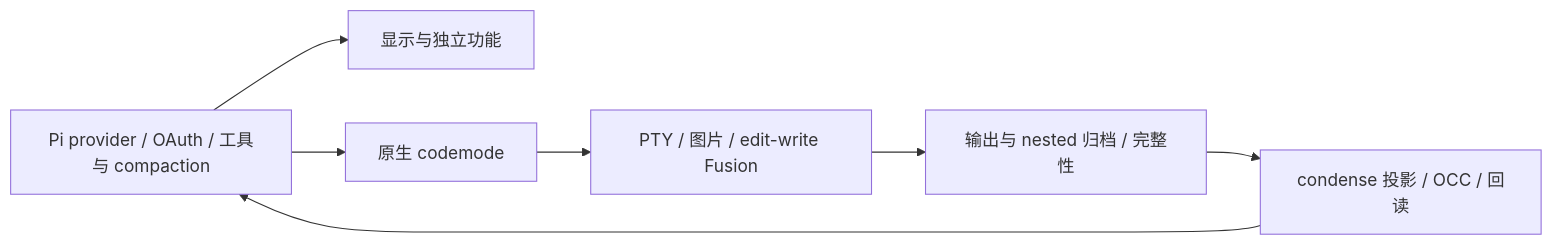
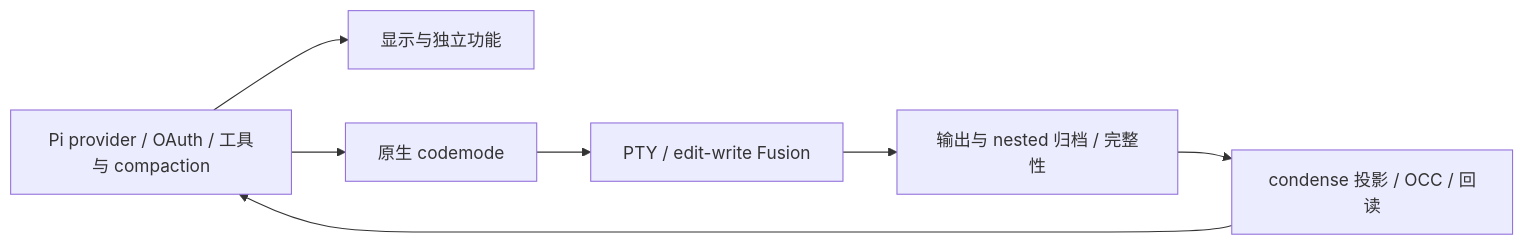
Before and after one commit to Rycen7822/metis-pi: the diagram in docs/architecture.md, drawn with Mermaid. The commit also changed other lines of this file and 37 other files, not shown here.

````diff
--- a/docs/architecture.md
+++ b/docs/architecture.md
@@ -43,9 +43,9 @@
 ```mermaid
 flowchart LR
     Pi[Pi provider / OAuth / 工具与 compaction] --> UI[显示与独立功能]
     Pi --> Native[原生 codemode]
-    Native --> Tools[PTY / 图片 / edit-write Fusion]
+    Native --> Tools[PTY / edit-write Fusion]
     Tools --> Archive[输出与 nested 归档 / 完整性]
     Archive --> Condense[condense 投影 / OCC / 回读]
     Condense --> Pi
 ```
````
